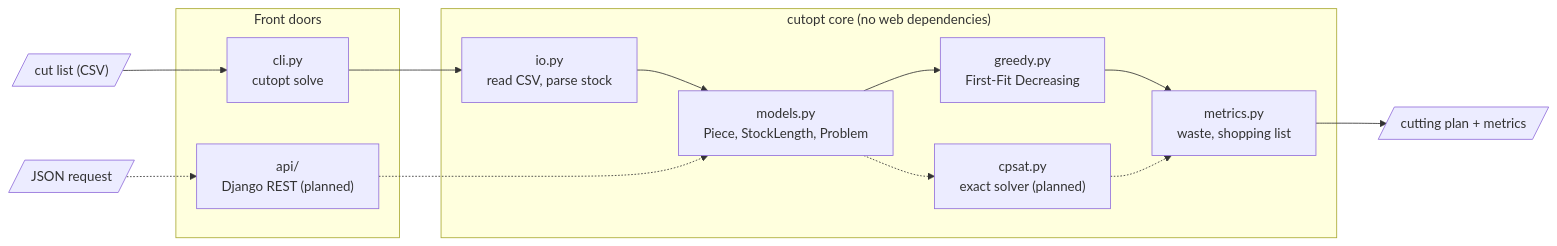
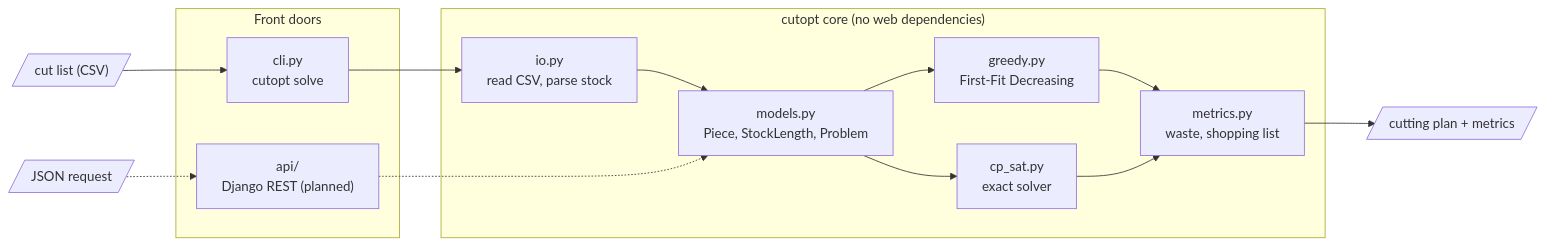
One commit to DRencsok/TimberCutOpt changed the diagram in README.md. Above: the diagram before and after it, drawn with Mermaid. The commit also changed other lines of this file and 7 other files, not shown here.

````diff
--- a/README.md
+++ b/README.md
@@ -154,26 +162,26 @@
 ```mermaid
 flowchart LR
     CSV[/"cut list (CSV)"/] --> CLI
     JSON[/"JSON request"/] -.-> API
 
     subgraph Front doors
         CLI["cli.py<br/>cutopt solve"]
         API["api/<br/>Django REST (planned)"]
     end
 
     subgraph Core["cutopt core (no web dependencies)"]
         IO["io.py<br/>read CSV, parse stock"]
         MODELS["models.py<br/>Piece, StockLength, Problem"]
         GREEDY["greedy.py<br/>First-Fit Decreasing"]
-        CPSAT["cpsat.py<br/>exact solver (planned)"]
+        CPSAT["cp_sat.py<br/>exact solver"]
         METRICS["metrics.py<br/>waste, shopping list"]
     end
 
     CLI --> IO --> MODELS
     API -.-> MODELS
     MODELS --> GREEDY
-    MODELS -.-> CPSAT
+    MODELS --> CPSAT
     GREEDY --> METRICS
-    CPSAT -.-> METRICS
+    CPSAT --> METRICS
     METRICS --> OUT[/"cutting plan + metrics"/]
 ```
````
